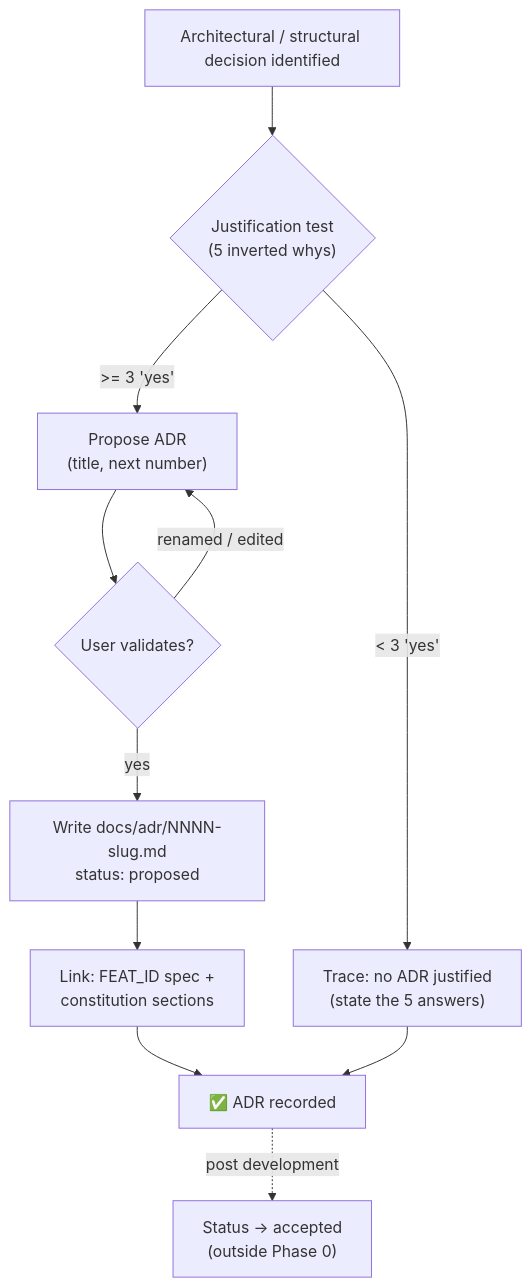
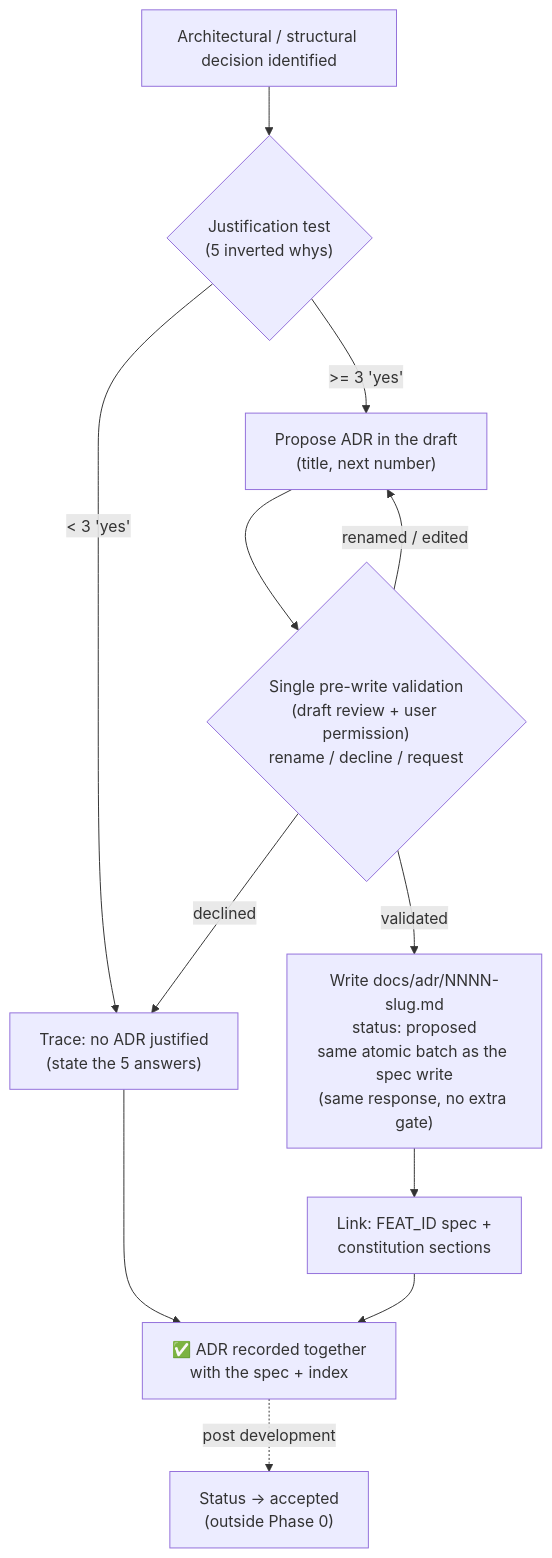
One commit to fletort/smart-ai-factory changed the first of 3 diagrams in docs/specs/adr.md. Above: the diagram before and after it, drawn with Mermaid. The commit also changed other lines of this file and 2 other files, not shown here.

Commit message:
correct ADR user validation

````diff
--- a/docs/specs/adr.md
+++ b/docs/specs/adr.md
@@ -52,16 +52,17 @@
   ```mermaid
   graph TD
       Start["Architectural / structural decision identified"] --> Test{"Justification test<br/>(5 inverted whys)"}
 
       Test -->|"< 3 'yes'"| NoAdr["Trace: no ADR justified<br/>(state the 5 answers)"]
-      Test -->|">= 3 'yes'"| Propose["Propose ADR<br/>(title, next number)"]
+      Test -->|">= 3 'yes'"| Propose["Propose ADR in the draft<br/>(title, next number)"]
 
-      Propose --> Valid{"User validates?"}
+      Propose --> Valid{"Single pre-write validation<br/>(draft review + user permission)<br/>rename / decline / request"}
       Valid -->|"renamed / edited"| Propose
-      Valid -->|yes| Write["Write docs/adr/NNNN-slug.md<br/>status: proposed"]
+      Valid -->|declined| NoAdr
+      Valid -->|validated| Write["Write docs/adr/NNNN-slug.md<br/>status: proposed<br/>same atomic batch as the spec write<br/>(same response, no extra gate)"]
 
       Write --> Link["Link: FEAT_ID spec +<br/>constitution sections"]
-      Link --> Done["✅ ADR recorded"]
+      Link --> Done["✅ ADR recorded together<br/>with the spec + index"]
       NoAdr --> Done
       Done -.->|post development| Accept["Status -> accepted<br/>(outside Phase 0)"]
   ```
````
